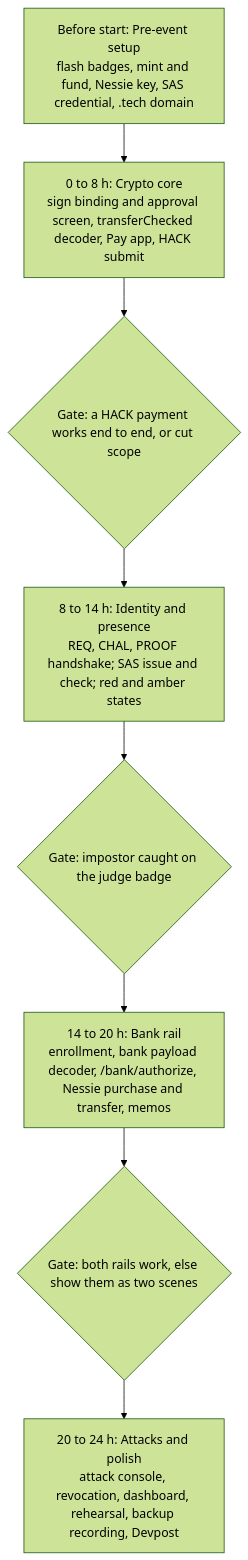
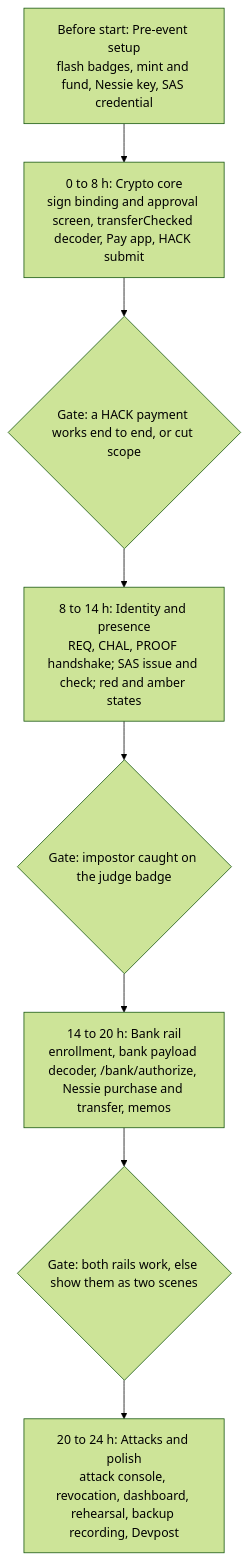
The third of 3 diagrams in docs/specs/Prd-verified-payment-key.md (ayushmk7/MHacks2026), drawn with Mermaid (forest theme) before and after one commit. The commit also changed other lines of this file and 1 other file, not shown here.

Commit message:
removed .tech from prd

````diff
--- a/docs/specs/Prd-verified-payment-key.md
+++ b/docs/specs/Prd-verified-payment-key.md
@@ -405,12 +403,12 @@
 ```mermaid
 flowchart TD
-  P0["Before start: Pre-event setup<br/>flash badges, mint and fund, Nessie key, SAS credential, .tech domain"]
+  P0["Before start: Pre-event setup<br/>flash badges, mint and fund, Nessie key, SAS credential"]
   P1["0 to 8 h: Crypto core<br/>sign binding and approval screen, transferChecked decoder, Pay app, HACK submit"]
   G1{"Gate: a HACK payment works end to end, or cut scope"}
   P2["8 to 14 h: Identity and presence<br/>REQ, CHAL, PROOF handshake; SAS issue and check; red and amber states"]
   G2{"Gate: impostor caught on the judge badge"}
   P3["14 to 20 h: Bank rail<br/>enrollment, bank payload decoder, /bank/authorize, Nessie purchase and transfer, memos"]
   G3{"Gate: both rails work, else show them as two scenes"}
   P4["20 to 24 h: Attacks and polish<br/>attack console, revocation, dashboard, rehearsal, backup recording, Devpost"]
   P0 --> P1 --> G1 --> P2 --> G2 --> P3 --> G3 --> P4
 ```
````
